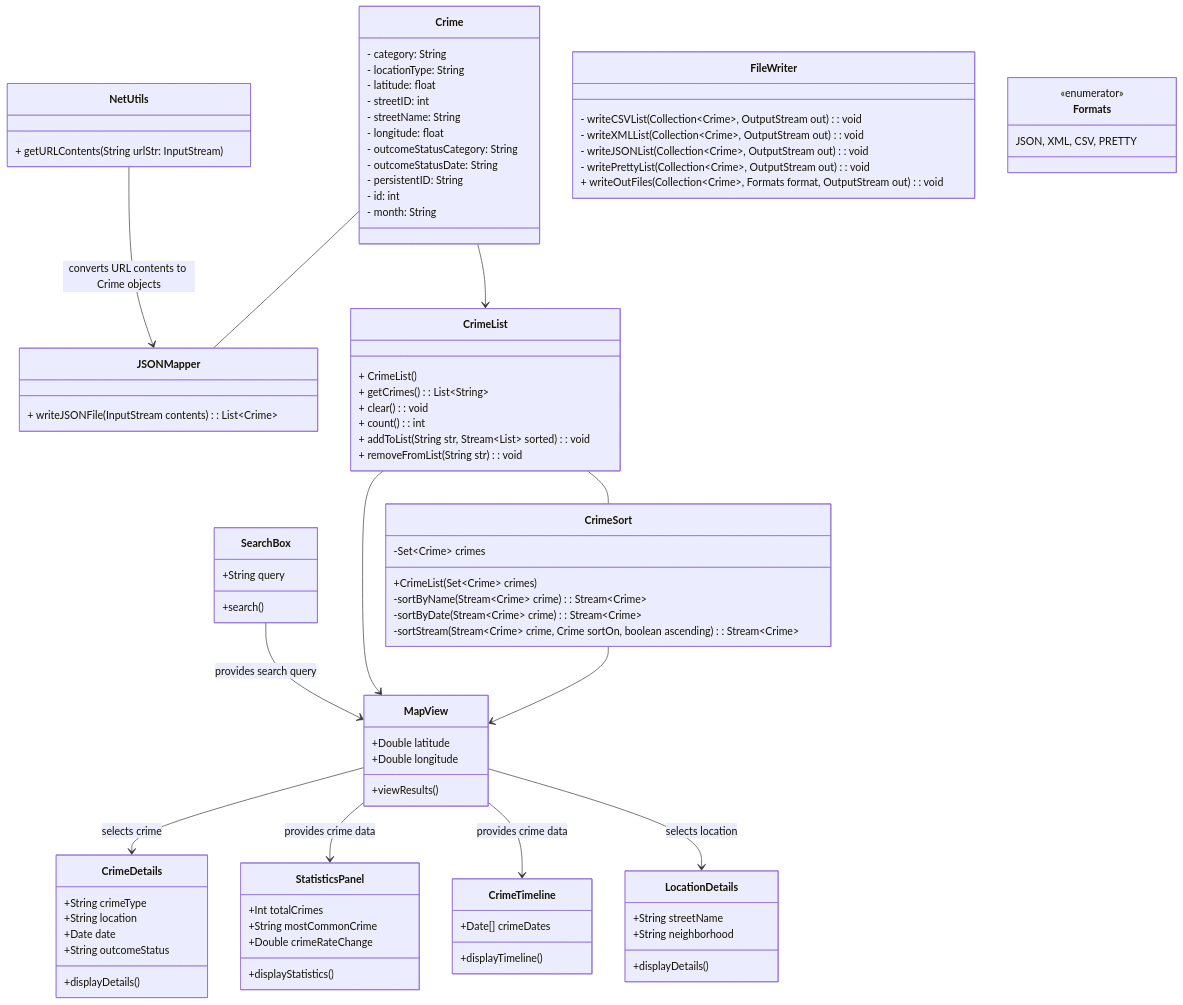
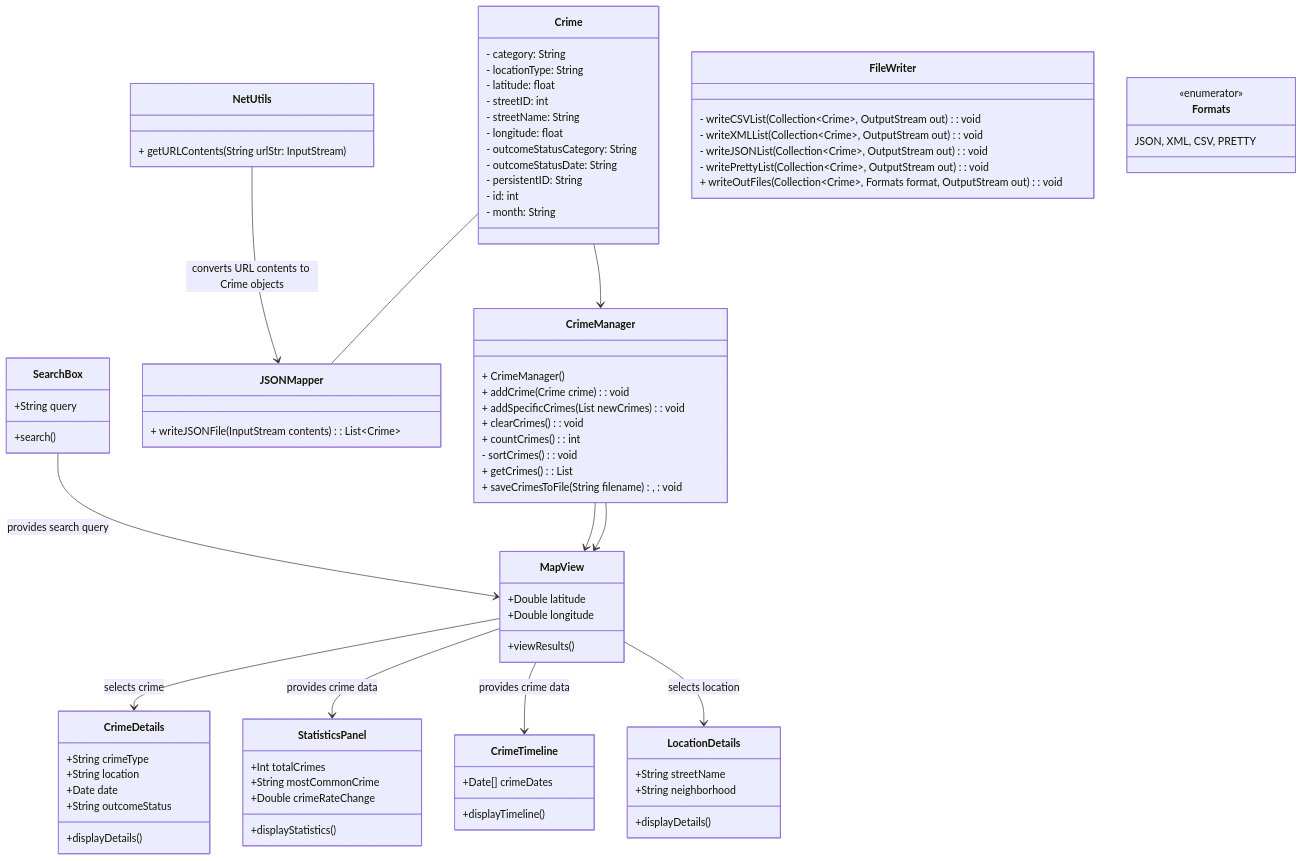
Before and after one commit to wbeeker/UK-Crime-Data: the diagram in DesignDocuments/README.md, drawn with Mermaid. The commit also changed 13 other files, not shown here.

````diff
--- a/DesignDocuments/README.md
+++ b/DesignDocuments/README.md
@@ -89,21 +89,17 @@
     <<enumerator>>
     JSON, XML, CSV, PRETTY
     }
-    class CrimeList {
-        + CrimeList()
-        + getCrimes() : List~String~
-        + clear() : void
-        + count() : int
-        + addToList(String str, Stream~List~ sorted) : void
-        + removeFromList(String str) : void
+    class CrimeManager {
+        + CrimeManager()
+        + addCrime(Crime crime) : void
+        + addSpecificCrimes(List<Crime> newCrimes) : void
+        + clearCrimes() : void
+        + countCrimes() : int
+        - sortCrimes() : void
+        + getCrimes() : List<Crime>
+        + saveCrimesToFile(String filename), : void
     }
-    class CrimeSort {
-        -Set~Crime~ crimes
-        +CrimeList(Set~Crime~ crimes)
-        -sortByName(Stream~Crime~ crime) : Stream~Crime~
-        -sortByDate(Stream~Crime~ crime) : Stream~Crime~
-        -sortStream(Stream~Crime~ crime, Crime sortOn, boolean ascending) : Stream~Crime~
-    }
+    
     SearchBox --> MapView : provides search query
     MapView --> CrimeDetails : selects crime
     MapView --> StatisticsPanel : provides crime data
@@ -111,9 +107,8 @@
     MapView --> LocationDetails : selects location
     NetUtils --> JSONMapper : converts URL contents to Crime objects
     Crime -- JSONMapper
-    Crime --> CrimeList
-    CrimeList -- CrimeSort
-    CrimeList --> MapView
-    CrimeSort --> MapView
+    Crime --> CrimeManager
+    CrimeManager --> MapView
+    CrimeManager --> MapView
 
 ```
````
